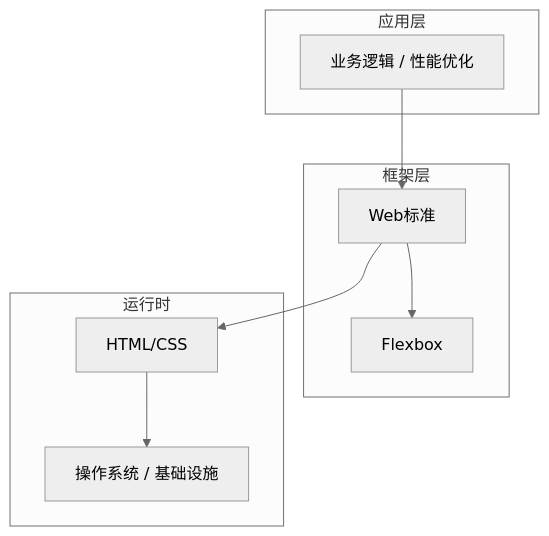
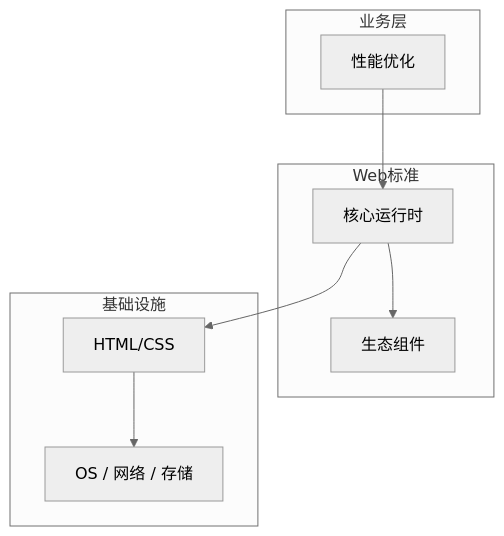
One commit to yanggan2015/knowledge-json-v2 changed the diagram in articles/HTML与CSS/chapters/107-性能优化核心概念与原理.md. Above: the diagram before and after it, drawn with Mermaid (neutral theme). The commit also changed other lines of this file and 10127 other files, not shown here.

````diff
--- a/articles/HTML与CSS/chapters/107-性能优化核心概念与原理.md
+++ b/articles/HTML与CSS/chapters/107-性能优化核心概念与原理.md
@@ -45,18 +34,18 @@
 ```mermaid
 graph TB
-    subgraph 应用层
-        A[业务逻辑 / 性能优化]
+    subgraph 业务层
+        A[性能优化]
     end
-    subgraph 框架层
-        B[Web标准]
-        C[Flexbox]
+    subgraph Web标准
+        B[核心运行时]
+        C[生态组件]
     end
-    subgraph 运行时
+    subgraph 基础设施
         D[HTML/CSS]
-        E[操作系统 / 基础设施]
+        E[OS / 网络 / 存储]
     end
     A --> B
     B --> C
     B --> D
     D --> E
 ```
````
